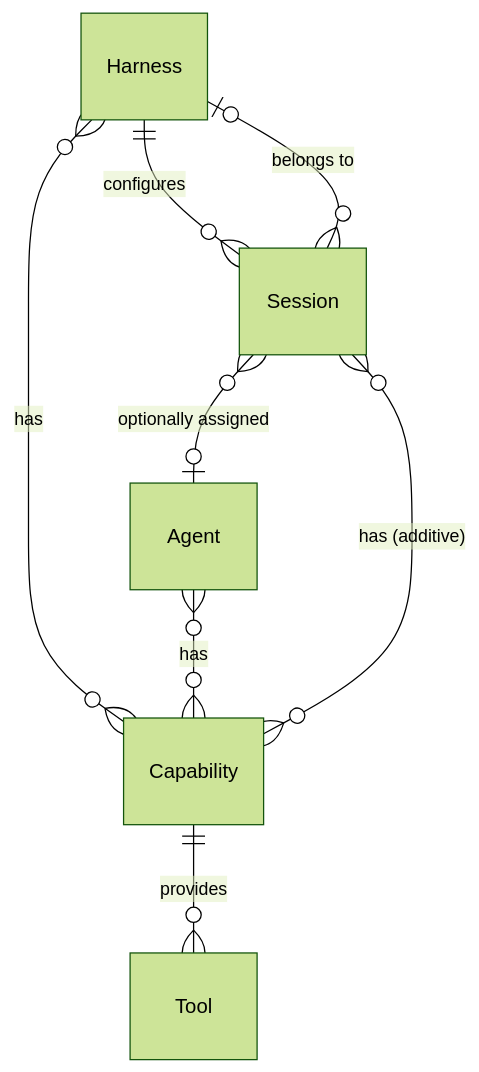
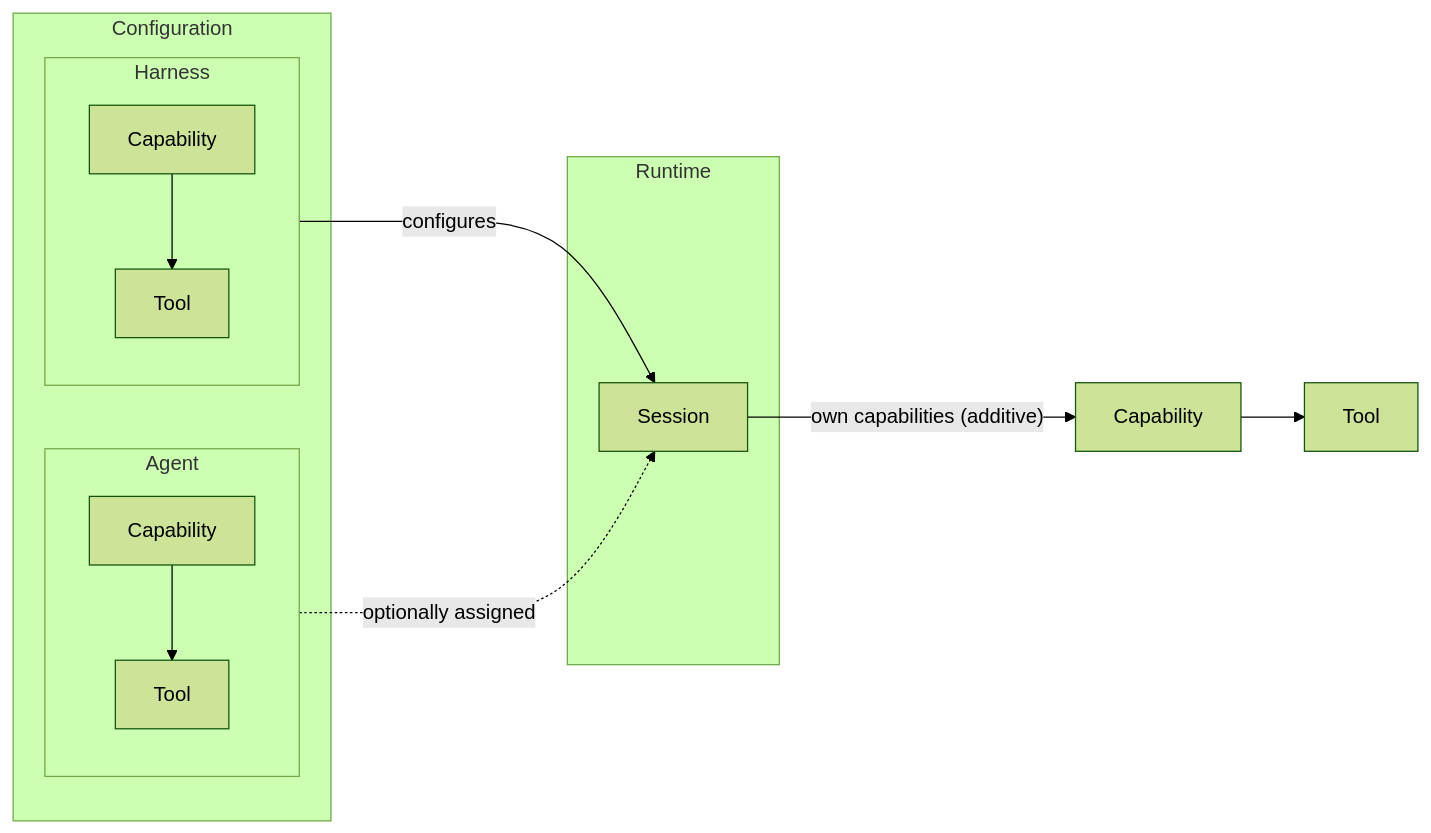
Before and after one commit to everruns/everruns: the first of 3 diagrams in specs/concepts.md, drawn with Mermaid (forest theme). The commit also changed other lines of this file, not shown here.

Commit message:
docs(specs): use flowchart subgraphs for high-level diagram
Show Harness and Agent as configuration containers (with
Capabilities and Tools inside), and Session as runtime consumer.
Dashed line for optional Agent assignment.

https://claude.ai/code/session_011LPteYzsrfS9CoWREVHWoH

````diff
--- a/specs/concepts.md
+++ b/specs/concepts.md
@@ -9,13 +9,19 @@
 ```mermaid
-erDiagram
-    Harness ||--o{ Session : "configures"
-    Harness }o--o{ Capability : "has"
+graph LR
+    subgraph Configuration
+        subgraph Harness
+            HC[Capability] --> HT[Tool]
+        end
+        subgraph Agent
+            AC[Capability] --> AT[Tool]
+        end
+    end
 
-    Agent }o--o{ Capability : "has"
+    subgraph Runtime
+        Session
+    end
 
-    Session }o--o| Harness : "belongs to"
-    Session }o--o| Agent : "optionally assigned"
-    Session }o--o{ Capability : "has (additive)"
-
-    Capability ||--o{ Tool : "provides"
+    Harness -- "configures" --> Session
+    Agent -. "optionally assigned" .-> Session
+    Session -- "own capabilities (additive)" --> SC[Capability] --> ST[Tool]
 ```
````
